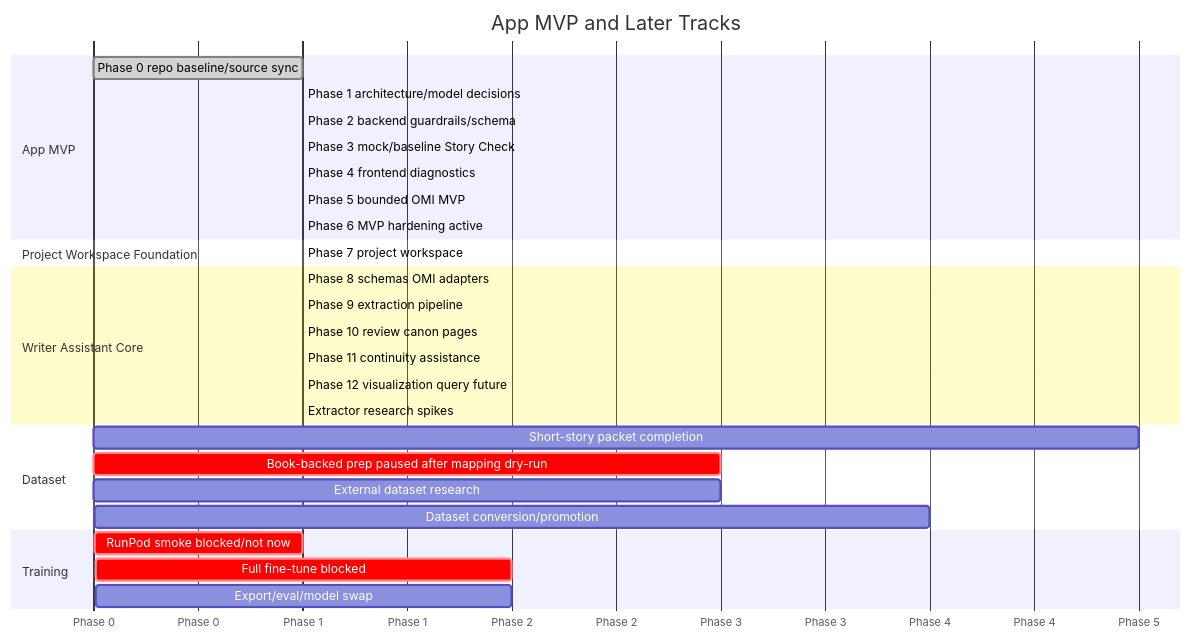
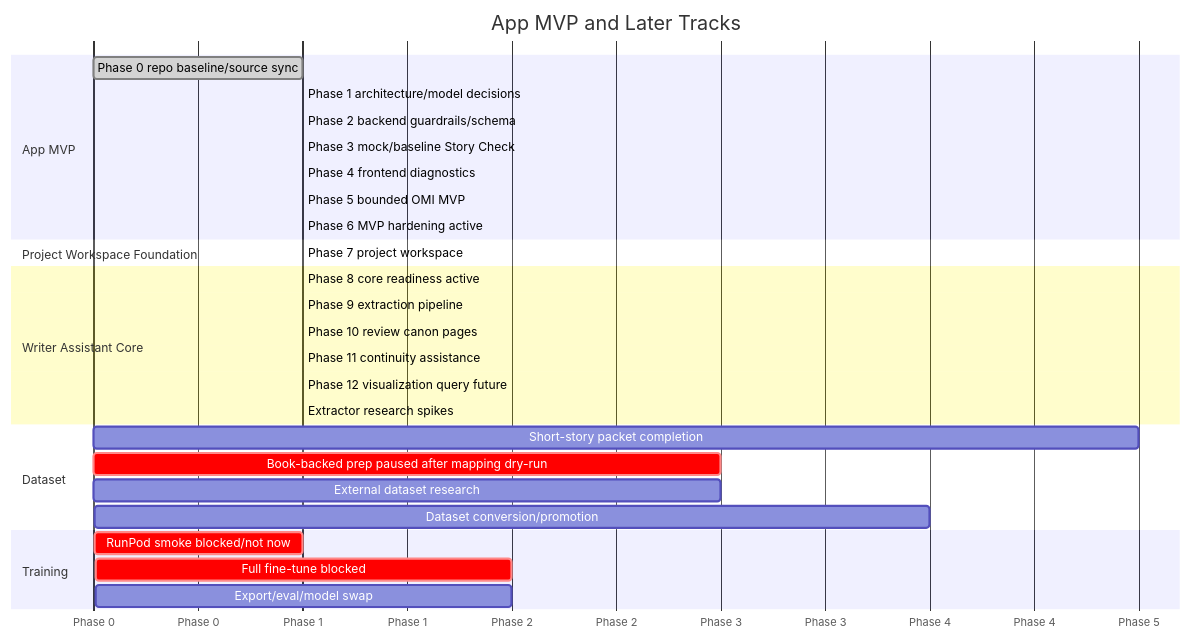
Before and after one commit to telesjr90/writingassistant: the diagram in docs/roadmap/phase_map.md, drawn with Mermaid. The commit also changed other lines of this file and 8 other files, not shown here.

Commit message:
docs: promote writer assistant core phase

````diff
--- a/docs/roadmap/phase_map.md
+++ b/docs/roadmap/phase_map.md
@@ -227,32 +227,32 @@
 ```mermaid
 gantt
     title App MVP and Later Tracks
     dateFormat  X
     axisFormat  Phase %s
     section App MVP
     Phase 0 repo baseline/source sync :done, p0, 0, 1
     Phase 1 architecture/model decisions :p1, after p0, 1
     Phase 2 backend guardrails/schema :p2, after p1, 1
     Phase 3 mock/baseline Story Check :p3, after p2, 1
     Phase 4 frontend diagnostics :p4, after p3, 1
     Phase 5 bounded OMI MVP :p5, after p4, 1
     Phase 6 MVP hardening active :active, p6, after p5, 1
     section Project Workspace Foundation
     Phase 7 project workspace :workspace7, after p6, 1
     section Writer Assistant Core
-    Phase 8 schemas OMI adapters :core8, after workspace7, 1
+    Phase 8 core readiness active :active, core8, after workspace7, 1
     Phase 9 extraction pipeline :core9, after core8, 1
     Phase 10 review canon pages :core10, after core9, 1
     Phase 11 continuity assistance :core11, after core10, 1
     Phase 12 visualization query future :core12, after core11, 1
     Extractor research spikes :extractors, after core8, 1
     section Dataset
     Short-story packet completion :packets, 1, 5
     Book-backed prep paused after mapping dry-run :crit, books, 2, 3
     External dataset research :external, 2, 3
     Dataset conversion/promotion :promotion, 4, 4
     section Training
     RunPod smoke blocked/not now :crit, smoke, 7, 1
     Full fine-tune blocked :crit, train, 8, 2
     Export/eval/model swap :deploy, 10, 2
 ```
````
